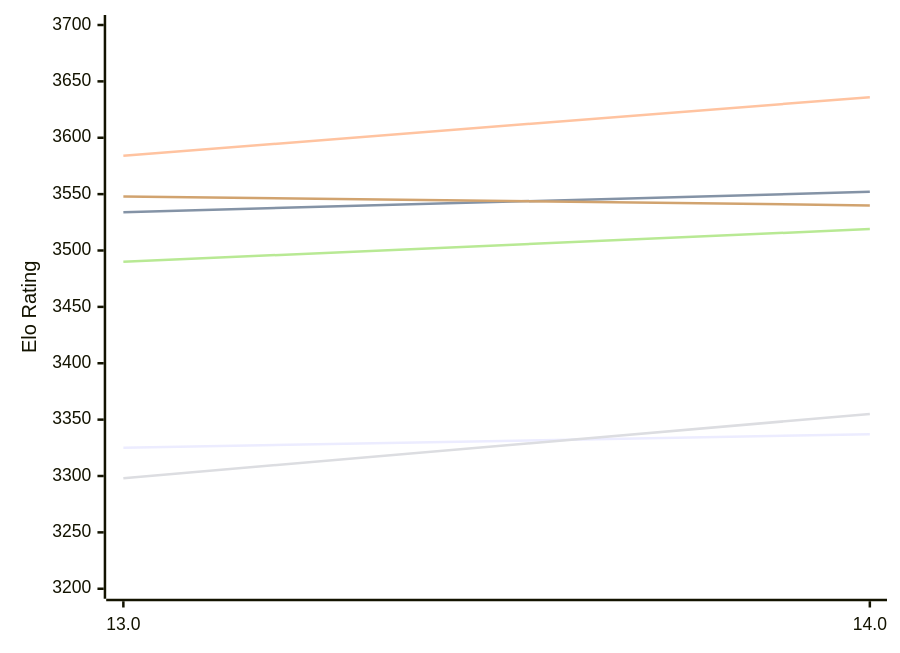
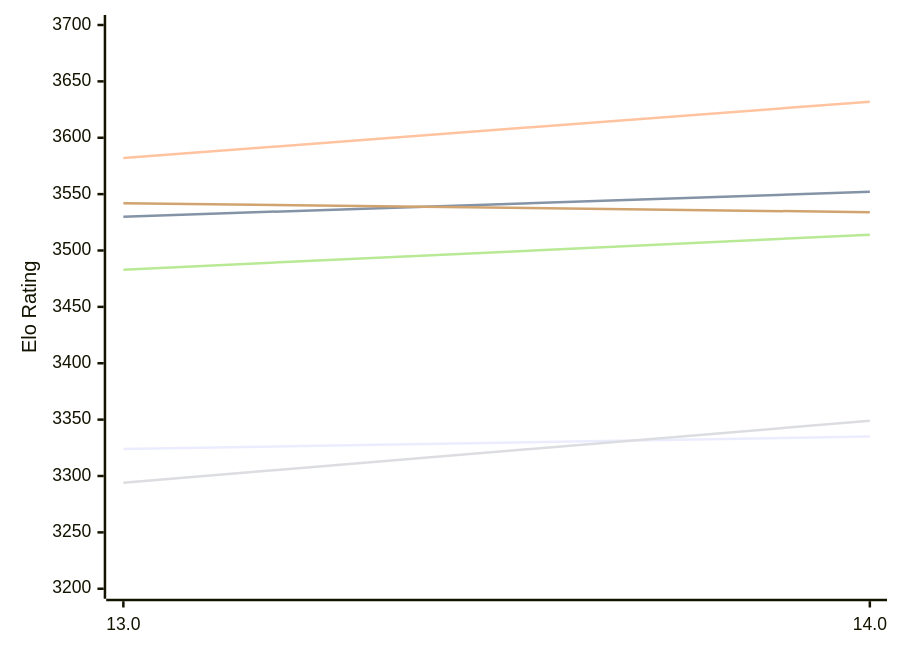
Before and after one commit to computer-chess-index/cci: the first of 2 diagrams in engines/Tcheran.md, drawn with Mermaid. The commit also changed other lines of this file, not shown here.

Commit message:
Update CCI Ratings (ELO VLTC) - 2026-11-19

````diff
--- a/engines/Tcheran.md
+++ b/engines/Tcheran.md
@@ -55,12 +55,12 @@
 ```mermaid
 %%{init: {"theme":"base","themeVariables":{"seriesColors:['#a3a3a3','#222221','#faa371']}}}%%
 xychart-beta
   x-axis ["13.0", "14.0"]
   y-axis "Elo Rating" 3200 --> 3700
-  line "E1: STC (8.0+0.08s)" [3325, 3337]
-  line "E1: LTC (60.0+0.60s)" [3534, 3552]
-  line "E1: VLTC (2m24s+1.12s)" [3584, 3636]
-  line "P1: STC (8.0+0.08s)" [3298, 3355]
-  line "P1: LTC (60.0+0.60s)" [3490, 3519]
-  line "P1: VLTC (2m24s+1.12s)" [3548, 3540]
+  line "E1: STC (8.0+0.08s)" [3324, 3335]
+  line "E1: LTC (60.0+0.60s)" [3530, 3552]
+  line "E1: VLTC (2m24s+1.12s)" [3582, 3632]
+  line "P1: STC (8.0+0.08s)" [3294, 3349]
+  line "P1: LTC (60.0+0.60s)" [3483, 3514]
+  line "P1: VLTC (2m24s+1.12s)" [3542, 3534]
 ```
````
